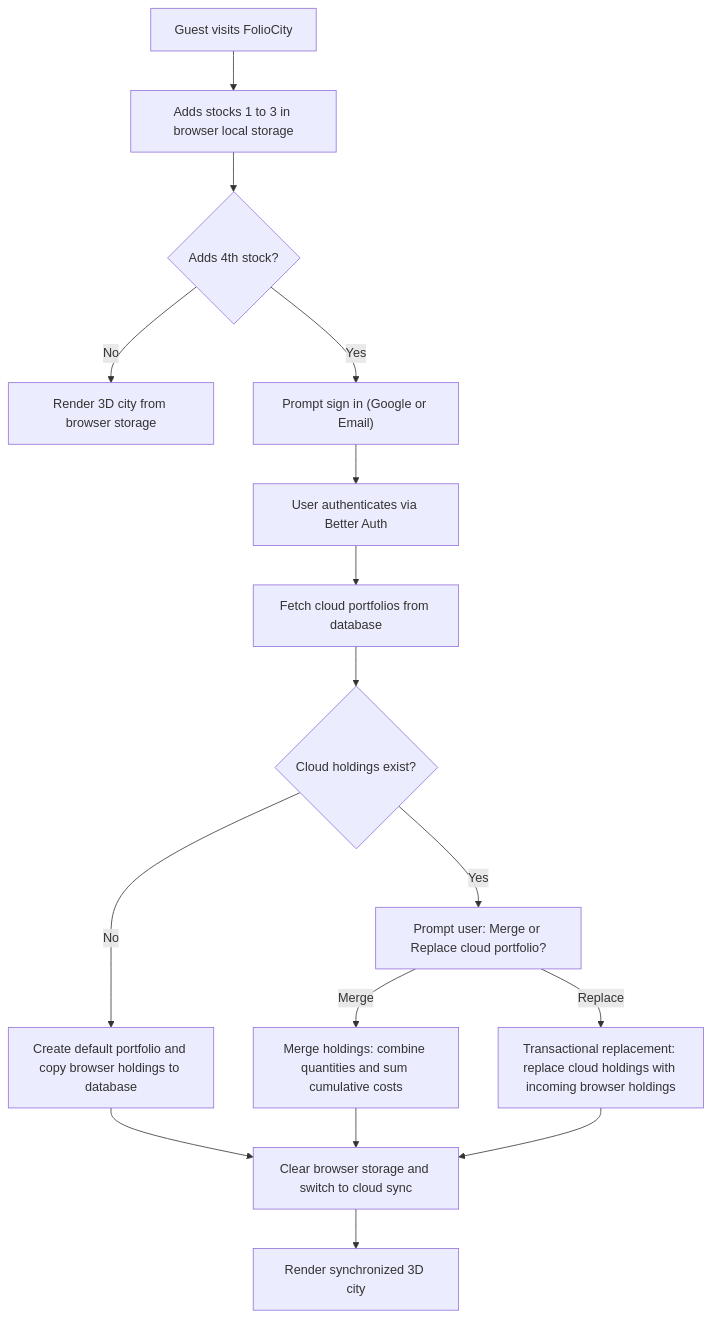
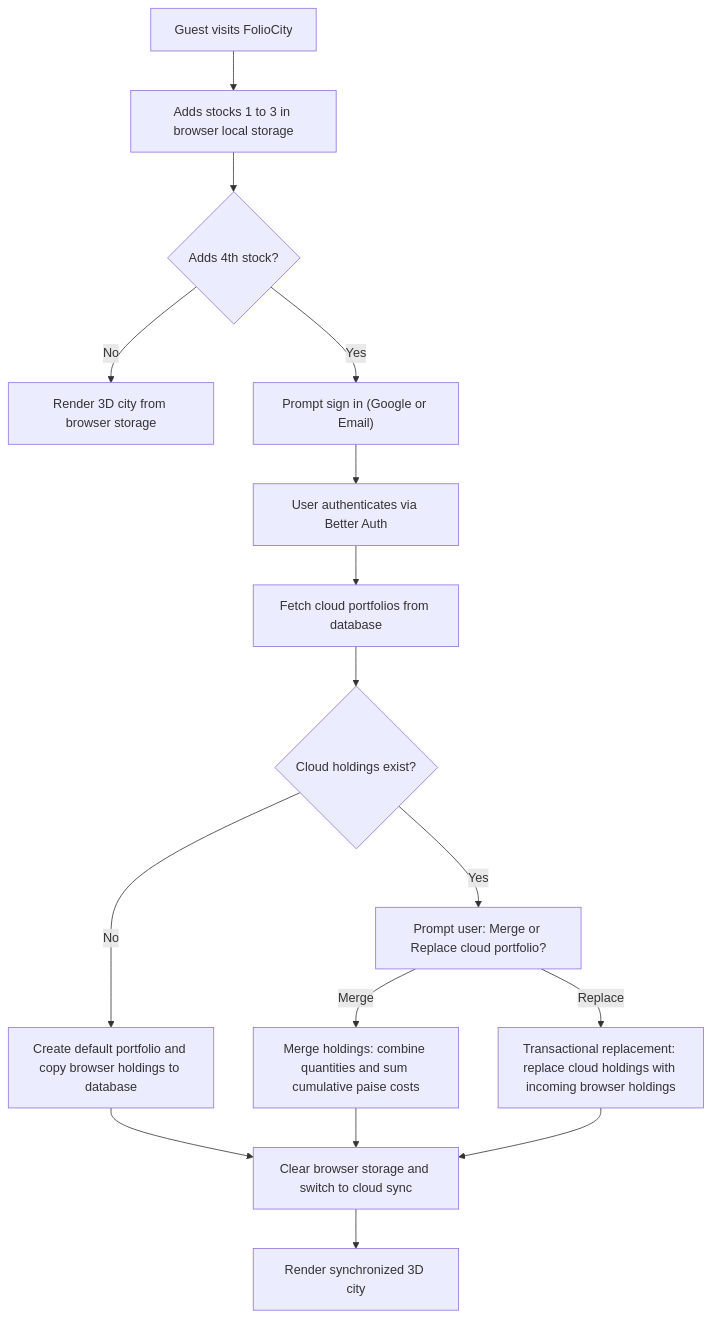
One commit to shubhamxdd/sto-viz changed the second of 4 diagrams in foliocity-data-model-diagrams.md. Above: the diagram before and after it, drawn with Mermaid. The commit also changed other lines of this file and 1 other file, not shown here.

Commit message:
docs(spec): implement native integer paise storage, primary listing transaction rule, and single-stock privacy gate

````diff
--- a/foliocity-data-model-diagrams.md
+++ b/foliocity-data-model-diagrams.md
@@ -91,18 +91,18 @@
 ```mermaid
 flowchart TD
     Start["Guest visits FolioCity"] --> AddStock["Adds stocks 1 to 3 in browser local storage"]
     AddStock --> CheckLimit{"Adds 4th stock?"}
     CheckLimit -- No --> RenderLocal["Render 3D city from browser storage"]
     CheckLimit -- Yes --> PromptAuth["Prompt sign in (Google or Email)"]
     PromptAuth --> Authenticated["User authenticates via Better Auth"]
     Authenticated --> QueryCloud["Fetch cloud portfolios from database"]
     QueryCloud --> HasCloudData{"Cloud holdings exist?"}
     HasCloudData -- No --> DirectMigration["Create default portfolio and copy browser holdings to database"]
     HasCloudData -- Yes --> PromptConflict["Prompt user: Merge or Replace cloud portfolio?"]
-    PromptConflict -- Merge --> MergeHoldings["Merge holdings: combine quantities and sum cumulative costs"]
+    PromptConflict -- Merge --> MergeHoldings["Merge holdings: combine quantities and sum cumulative paise costs"]
     PromptConflict -- Replace --> ReplaceHoldings["Transactional replacement: replace cloud holdings with incoming browser holdings"]
     DirectMigration --> SyncDone["Clear browser storage and switch to cloud sync"]
     MergeHoldings --> SyncDone
     ReplaceHoldings --> SyncDone
     SyncDone --> RenderCity["Render synchronized 3D city"]
 ```
````
